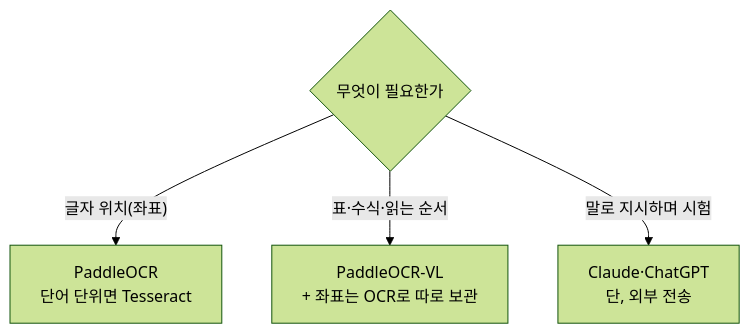
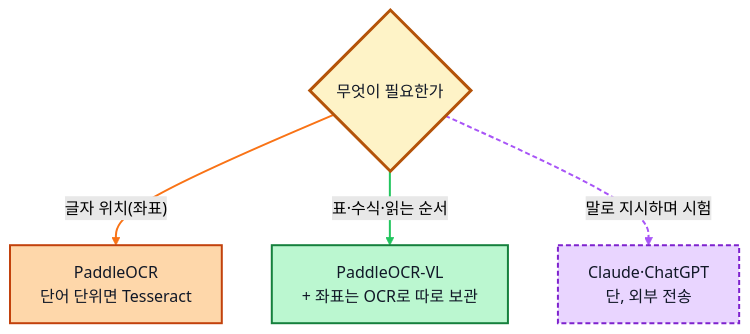
The second of 2 diagrams in src/content/blog/day15-ocr-four-eyes.md (rome777/blog), drawn with Mermaid (forest theme) before and after one commit. The commit also changed other lines of this file, not shown here.

First line of the commit message:
style: OCR 비교 포스트의 다이어그램에 색 입히기

````diff
--- a/src/content/blog/day15-ocr-four-eyes.md
+++ b/src/content/blog/day15-ocr-four-eyes.md
@@ -193,7 +217,21 @@
 ```mermaid
 flowchart TD
     Q{"무엇이 필요한가"}
     Q -->|"글자 위치(좌표)"| A["PaddleOCR<br/>단어 단위면 Tesseract"]
     Q -->|"표·수식·읽는 순서"| B["PaddleOCR-VL<br/>+ 좌표는 OCR로 따로 보관"]
     Q -->|"말로 지시하며 시험"| C["Claude·ChatGPT<br/>단, 외부 전송"]
+
+    classDef q fill:#fef3c7,stroke:#b45309,stroke-width:3px,color:#111827
+    classDef padd fill:#fed7aa,stroke:#c2410c,stroke-width:2px,color:#111827
+    classDef docvlm fill:#bbf7d0,stroke:#15803d,stroke-width:2px,color:#111827
+    classDef gvlm fill:#e9d5ff,stroke:#7e22ce,stroke-width:2px,stroke-dasharray:5 3,color:#111827
+
+    class Q q
+    class A padd
+    class B docvlm
+    class C gvlm
+
+    linkStyle 0 stroke:#f97316,stroke-width:2px
+    linkStyle 1 stroke:#22c55e,stroke-width:2px
+    linkStyle 2 stroke:#a855f7,stroke-width:2px,stroke-dasharray:5 3
 ```
````
